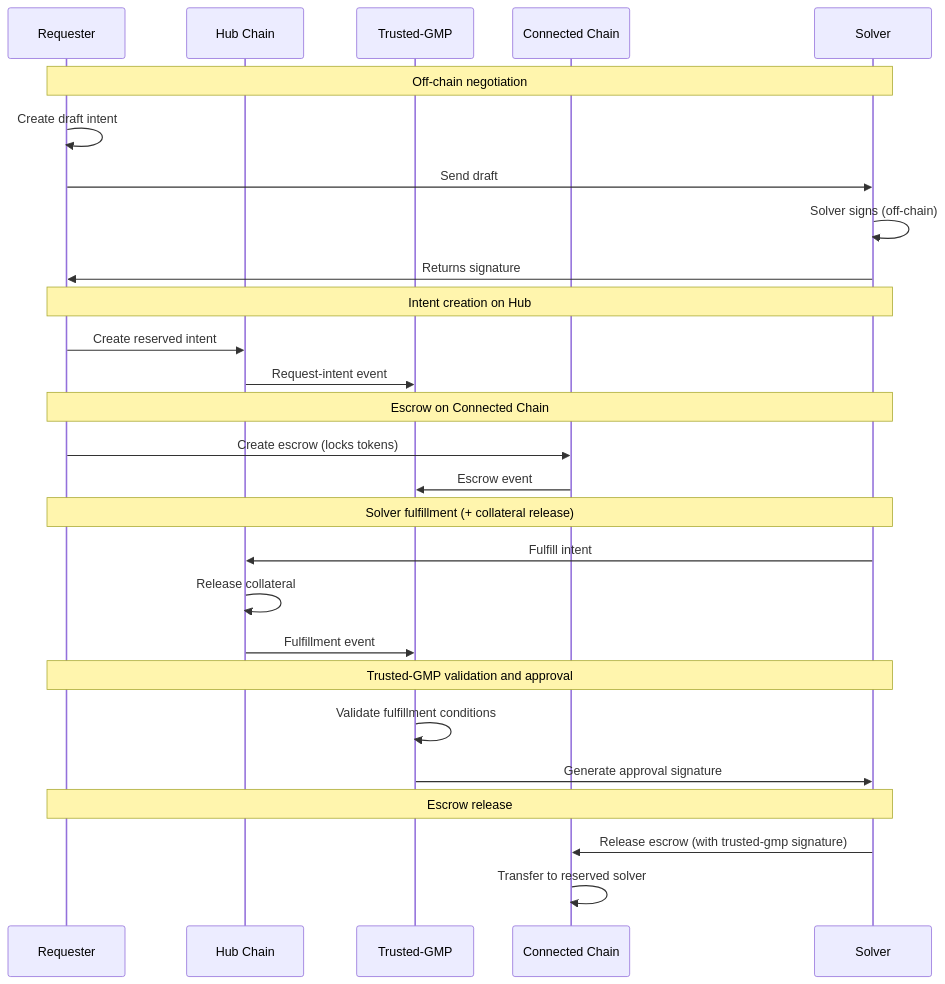
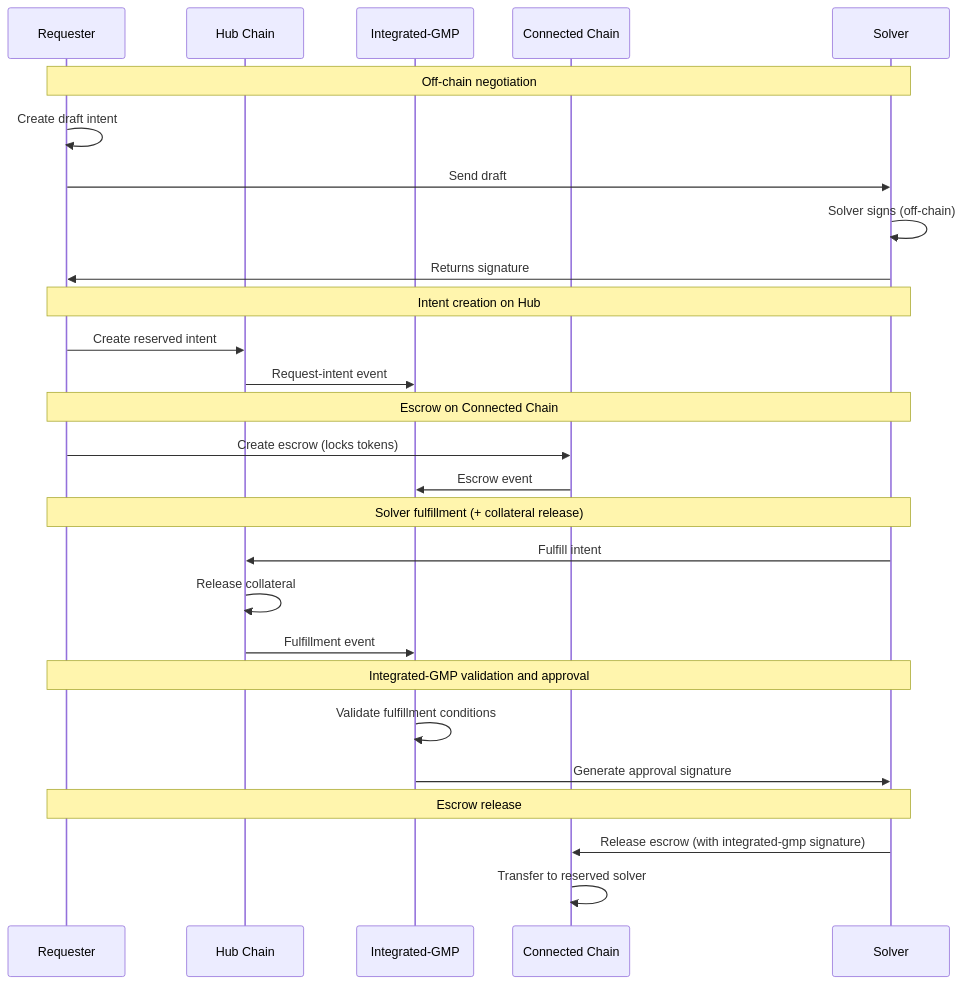
One commit to MoveIndustries/int3nts changed the diagram in docs/architecture/conception/conception_inflow.md. Above: the diagram before and after it, drawn with Mermaid. The commit also changed other lines of this file and 242 other files, not shown here.

Commit message:
refact: rename native/trusted gmp to integrated

````diff
--- a/docs/architecture/conception/conception_inflow.md
+++ b/docs/architecture/conception/conception_inflow.md
@@ -15,35 +15,35 @@
 ```mermaid
 sequenceDiagram
     participant Requester
     participant Hub as Hub Chain
-    participant TrustedGMP as Trusted-GMP
+    participant TrustedGMP as Integrated-GMP
     participant Connected as Connected Chain
     participant Solver
 
     Note over Requester,Solver: Off-chain negotiation
     Requester->>Requester: Create draft intent
     Requester->>Solver: Send draft
     Solver->>Solver: Solver signs (off-chain)
     Solver->>Requester: Returns signature
 
     Note over Requester,Solver: Intent creation on Hub
     Requester->>Hub: Create reserved intent
     Hub->>TrustedGMP: Request-intent event
 
     Note over Requester,Solver: Escrow on Connected Chain
     Requester->>Connected: Create escrow (locks tokens)
     Connected->>TrustedGMP: Escrow event
 
     Note over Requester,Solver: Solver fulfillment (+ collateral release)
     Solver->>Hub: Fulfill intent
     Hub->>Hub: Release collateral
     Hub->>TrustedGMP: Fulfillment event
 
-    Note over Requester,Solver: Trusted-GMP validation and approval
+    Note over Requester,Solver: Integrated-GMP validation and approval
     TrustedGMP->>TrustedGMP: Validate fulfillment conditions
     TrustedGMP->>Solver: Generate approval signature
 
     Note over Requester,Solver: Escrow release
-    Solver->>Connected: Release escrow (with trusted-gmp signature)
+    Solver->>Connected: Release escrow (with integrated-gmp signature)
     Connected->>Connected: Transfer to reserved solver
 ```
````
